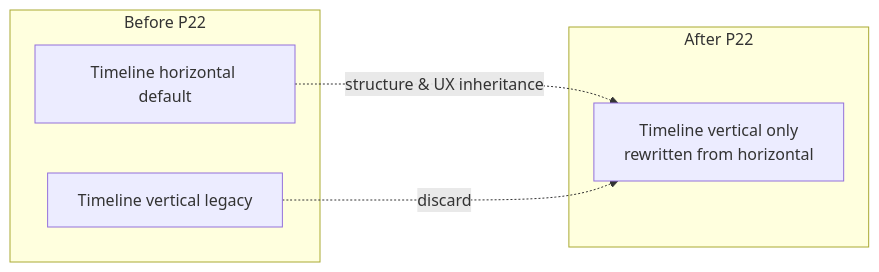
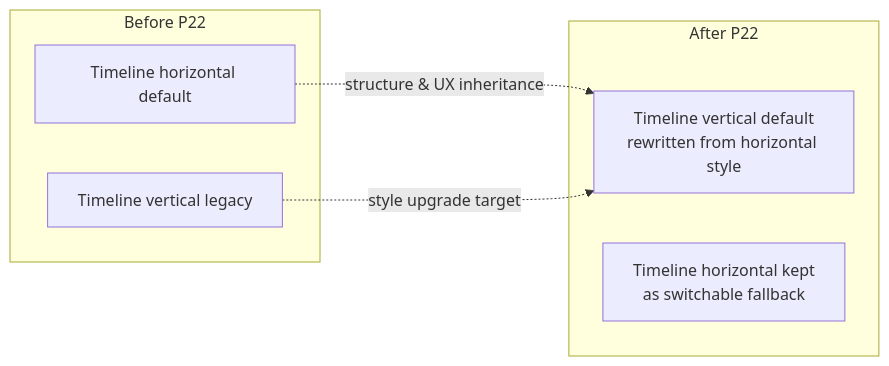
Before and after one commit to XYBuilds/chronicle_v3_3d_galaxy: the second of 2 diagrams in .cursor/plans/phase_22_visual_interaction_polish_f88228c5.plan.md, drawn with Mermaid. The commit also changed other lines of this file, not shown here.

````diff
--- a/.cursor/plans/phase_22_visual_interaction_polish_f88228c5.plan.md
+++ b/.cursor/plans/phase_22_visual_interaction_polish_f88228c5.plan.md
@@ -245,12 +245,13 @@
 ```mermaid
 flowchart LR
     subgraph beforeP22 [Before P22]
         H1[Timeline horizontal default]
         V1[Timeline vertical legacy]
     end
     subgraph afterP22 [After P22]
-        V2[Timeline vertical only<br/>rewritten from horizontal]
+        V2[Timeline vertical default<br/>rewritten from horizontal style]
+        H2[Timeline horizontal kept<br/>as switchable fallback]
     end
     H1 -. structure & UX inheritance .-> V2
-    V1 -. discard .-> V2
+    V1 -. style upgrade target .-> V2
 ```
````
